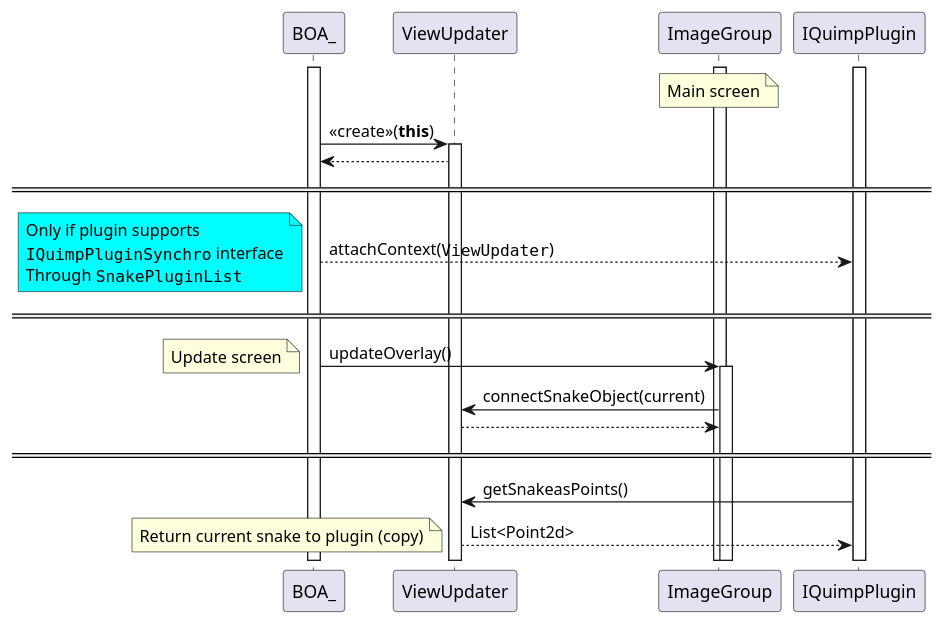
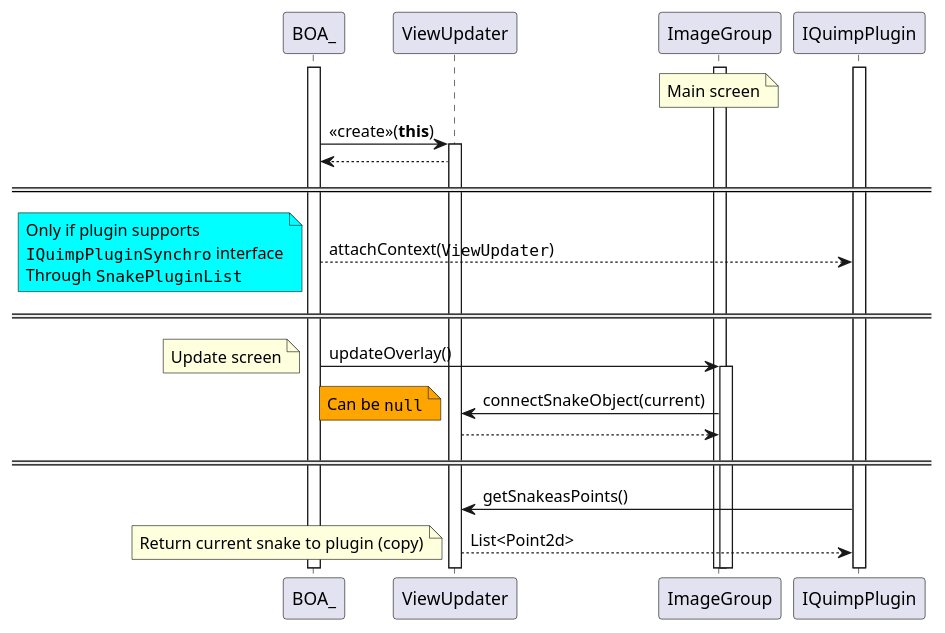
One commit to CellDynamics/QuimP changed diagram 11 of 11 in Doxygen_doc/SnakePlugin.md. Above: the diagram before and after it, drawn with PlantUML. The commit also changed other lines of this file and 4 other files, not shown here.

```diff
--- a/Doxygen_doc/SnakePlugin.md
+++ b/Doxygen_doc/SnakePlugin.md
@@ -590,36 +596,39 @@
 @startuml
 participant BOA_ as BOA
 participant ViewUpdater as VU
 participant ImageGroup as IG
 participant IQuimpPlugin as plugin
 
 note over IG : Main screen
 
 activate BOA
 activate plugin
 activate IG
 BOA->VU : <<create>>(**this**)
 activate VU
 VU-->BOA
 == ==
 BOA --> plugin : attachContext(""ViewUpdater"")
 note left #aqua
 Only if plugin supports
 ""IQuimpPluginSynchro"" interface
 Through ""SnakePluginList""
 end note
 == ==
 BOA->IG : updateOverlay()
 note left
 Update screen
 end note
 activate IG
 IG->VU : connectSnakeObject(current)
+note left #orange
+Can be ""null""
+end note
 VU-->IG
 == ==
 plugin ->VU: getSnakeasPoints()
 VU-->plugin : List<Point2d>
 note left
 Return current snake to plugin (copy)
 end note
 @enduml
```
